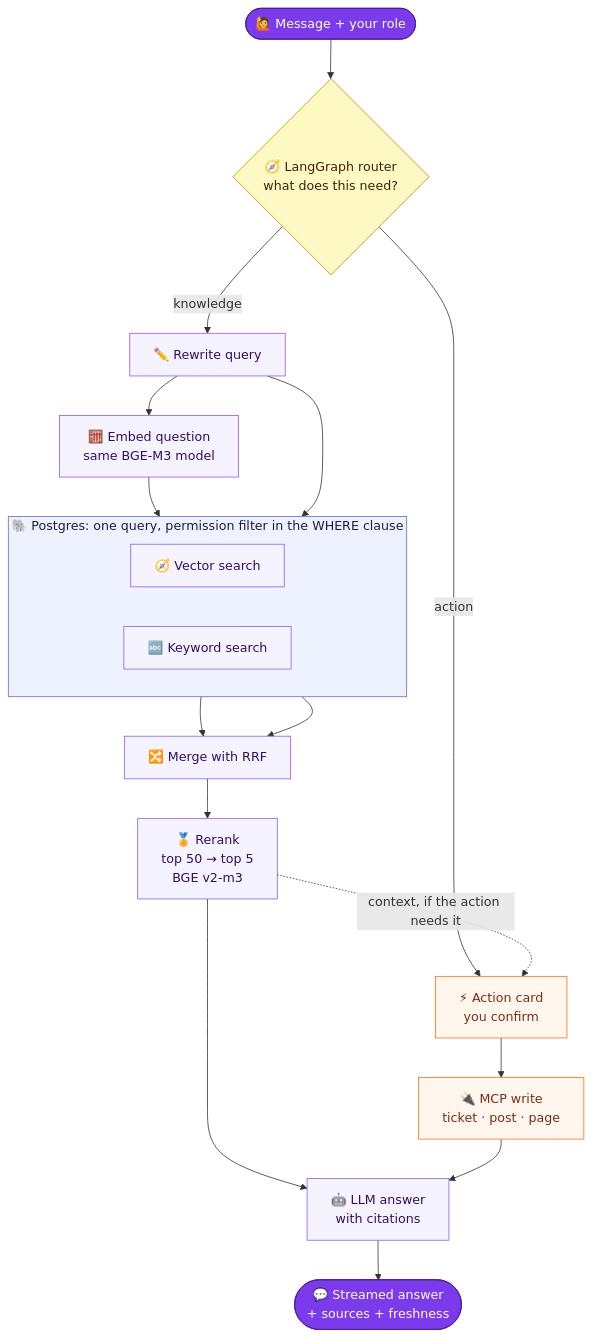
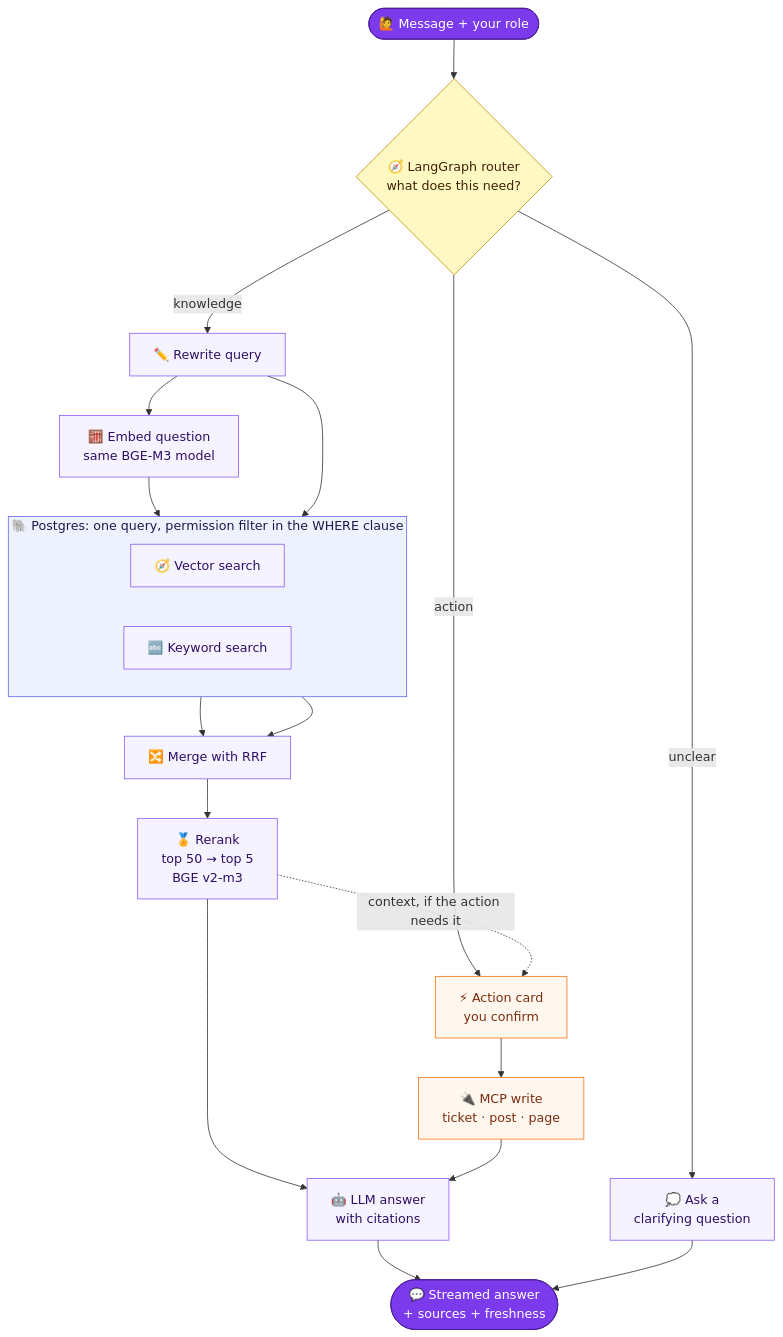
Before and after one commit to shreyamhetre/BrainBase: the second of 2 diagrams in README.md, drawn with Mermaid. The commit also changed other lines of this file and 4 other files, not shown here.

````diff
--- a/README.md
+++ b/README.md
@@ -87,36 +88,38 @@
 ```mermaid
 flowchart TD
     Q(["🙋 Message + your role"]) --> RT{"🧭 LangGraph router<br/>what does this need?"}
 
     RT -- "knowledge" --> RW["✏️ Rewrite query"]
     RW --> EQ["🧮 Embed question<br/>same BGE-M3 model"]
 
     subgraph PG["🐘 Postgres: one query, permission filter in the WHERE clause"]
         direction LR
         V["🧭 Vector search"]
         K["🔤 Keyword search"]
     end
 
     EQ --> V
     RW --> K
     V --> RRF["🔀 Merge with RRF"]
     K --> RRF
     RRF --> RR["🏅 Rerank<br/>top 50 → top 5<br/>BGE v2-m3"]
     RT -- "action" --> ACT["⚡ Action card<br/>you confirm"]
     RR -. "context, if the action needs it" .-> ACT
     ACT --> MCPW["🔌 MCP write<br/>ticket · post · page"]
+    RT -- "unclear" --> CL["💭 Ask a<br/>clarifying question"]
 
     RR --> LLM["🤖 LLM answer<br/>with citations"]
     MCPW --> LLM
     LLM --> A(["💬 Streamed answer<br/>+ sources + freshness"])
+    CL --> A
 
     classDef io fill:#7c3aed,stroke:#4c1d95,color:#ffffff
     classDef step fill:#f5f3ff,stroke:#8b5cf6,color:#2e1065
     classDef route fill:#fef9c3,stroke:#ca8a04,color:#422006
     classDef act fill:#fff7ed,stroke:#f97316,color:#7c2d12
     class Q,A io
     class RT route
-    class RW,EQ,V,K,RRF,RR,LLM step
+    class RW,EQ,V,K,RRF,RR,LLM,CL step
     class ACT,MCPW act
     style PG fill:#eef2ff,stroke:#6366f1,color:#1e1b4b
 ```
````
